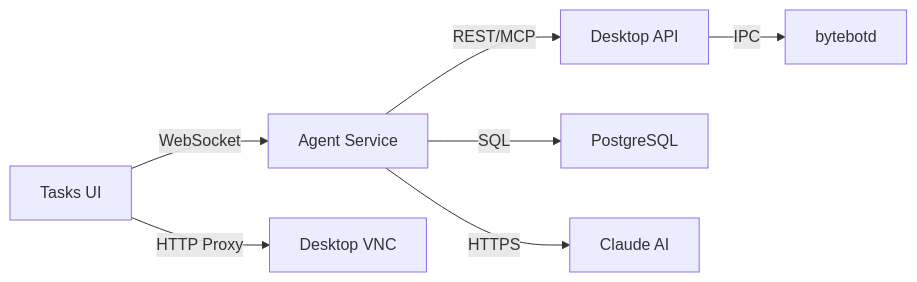
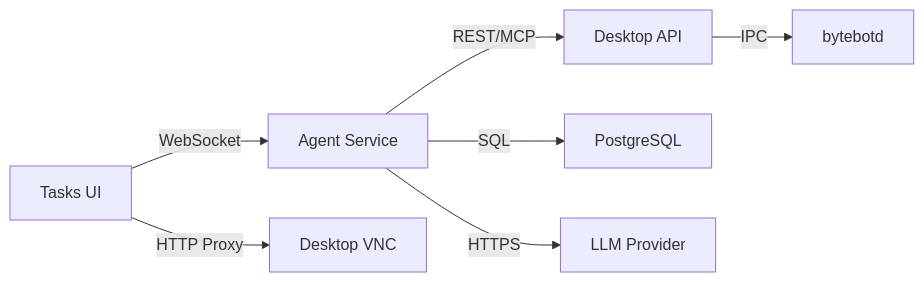
The diagram in docs/core-concepts/architecture.mdx (zhound420/bytebot-hawkeye), drawn with Mermaid before and after one commit. The commit also changed other lines of this file and 13 other files, not shown here.

````diff
--- a/docs/core-concepts/architecture.mdx
+++ b/docs/core-concepts/architecture.mdx
@@ -108,9 +108,9 @@
 ```mermaid
 graph LR
     A[Tasks UI] -->|WebSocket| B[Agent Service]
     A -->|HTTP Proxy| C[Desktop VNC]
     B -->|REST/MCP| D[Desktop API]
     B -->|SQL| E[PostgreSQL]
-    B -->|HTTPS| F[Claude AI]
+    B -->|HTTPS| F[LLM Provider]
     D -->|IPC| G[bytebotd]
 ```
````
